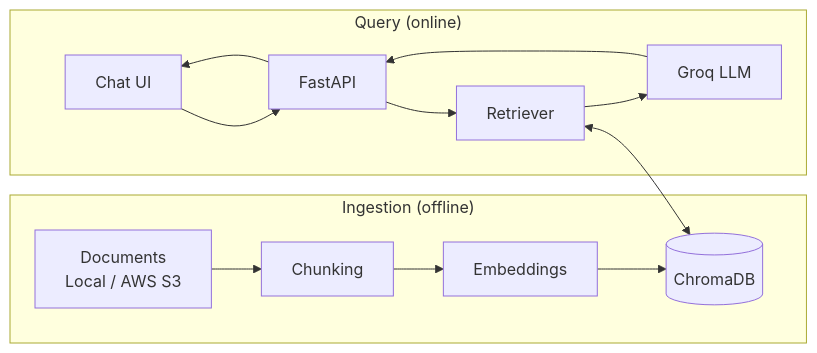
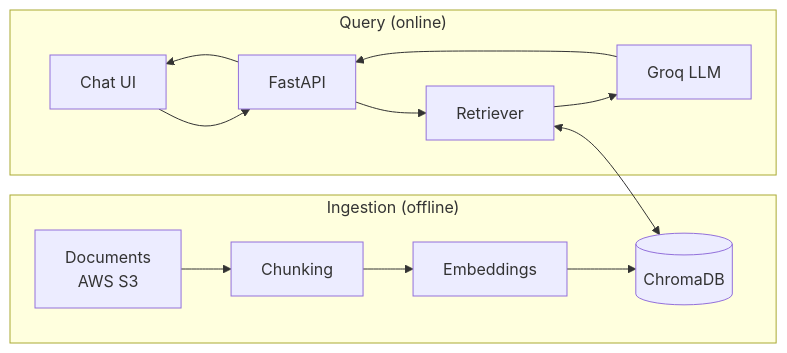
The diagram in README.md (onamemba/web_chatbot), drawn with Mermaid before and after one commit.

````diff
--- a/README.md
+++ b/README.md
@@ -9,17 +9,17 @@
 ```mermaid
 flowchart LR
     subgraph Ingestion["Ingestion (offline)"]
-        A[Documents<br/>Local / AWS S3] --> B[Chunking]
+        A[Documents<br/> AWS S3] --> B[Chunking]
         B --> C[Embeddings]
         C --> D[(ChromaDB)]
     end
 
     subgraph Query["Query (online)"]
         E[Chat UI] --> F[FastAPI]
         F --> G[Retriever]
         G <--> D
         G --> H[Groq LLM]
         H --> F
         F --> E
     end
 ```
````
